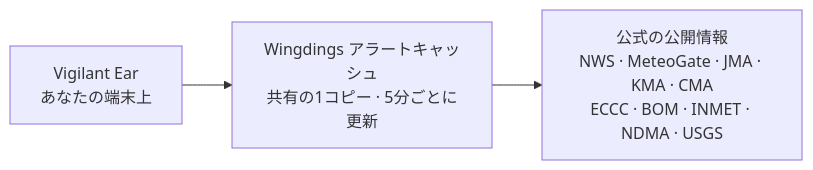
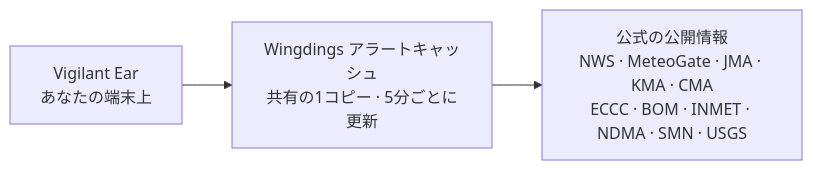
One commit to rpalm01-star/VigilantEarLegal changed the fourth of 4 diagrams in README_ja.md. Above: the diagram before and after it, drawn with Mermaid. The commit also changed other lines of this file and 44 other files, not shown here.

````diff
--- a/README_ja.md
+++ b/README_ja.md
@@ -171,5 +171,5 @@
 ```mermaid
 graph LR
     P1["Vigilant Ear<br/>あなたの端末上"] --> W["Wingdings アラートキャッシュ<br/>共有の1コピー · 5分ごとに更新"]
-    W --> N["公式の公開情報<br/>NWS · MeteoGate · JMA · KMA · CMA<br/>ECCC · BOM · INMET · NDMA · USGS"]
+    W --> N["公式の公開情報<br/>NWS · MeteoGate · JMA · KMA · CMA<br/>ECCC · BOM · INMET · NDMA · SMN · USGS"]
 ```
````
